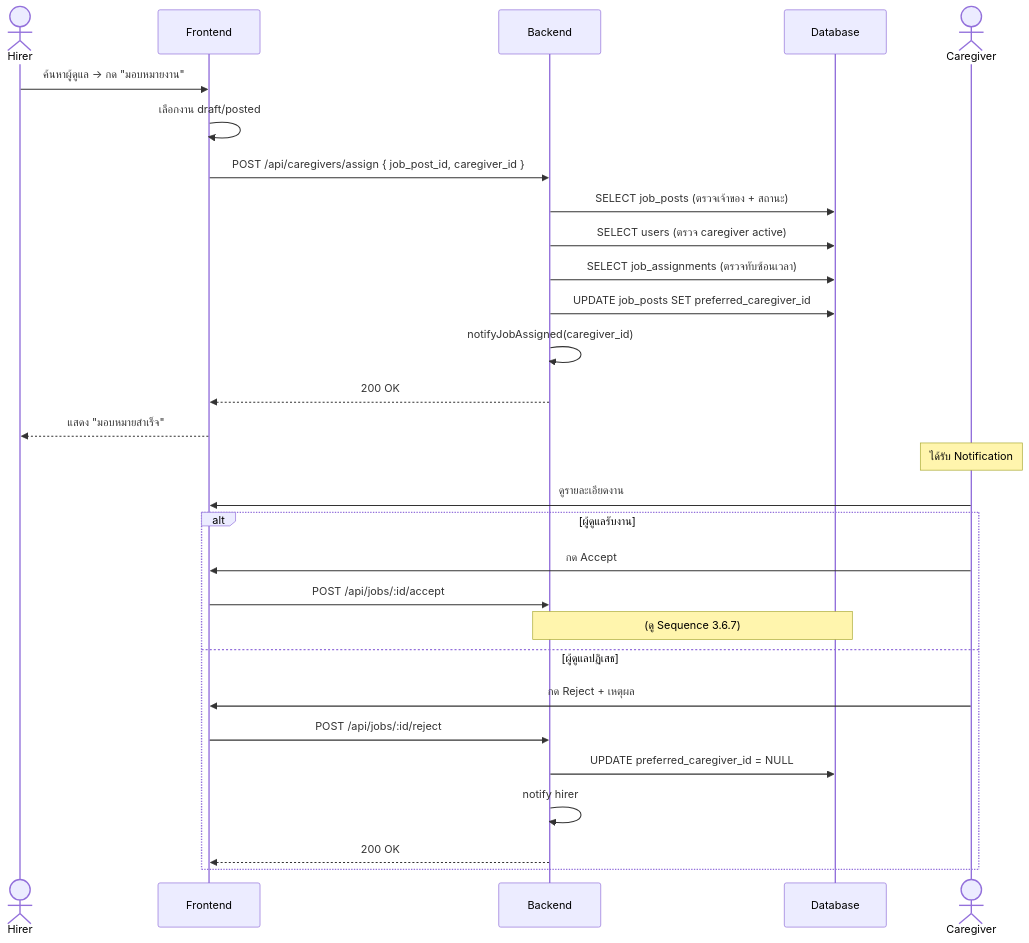
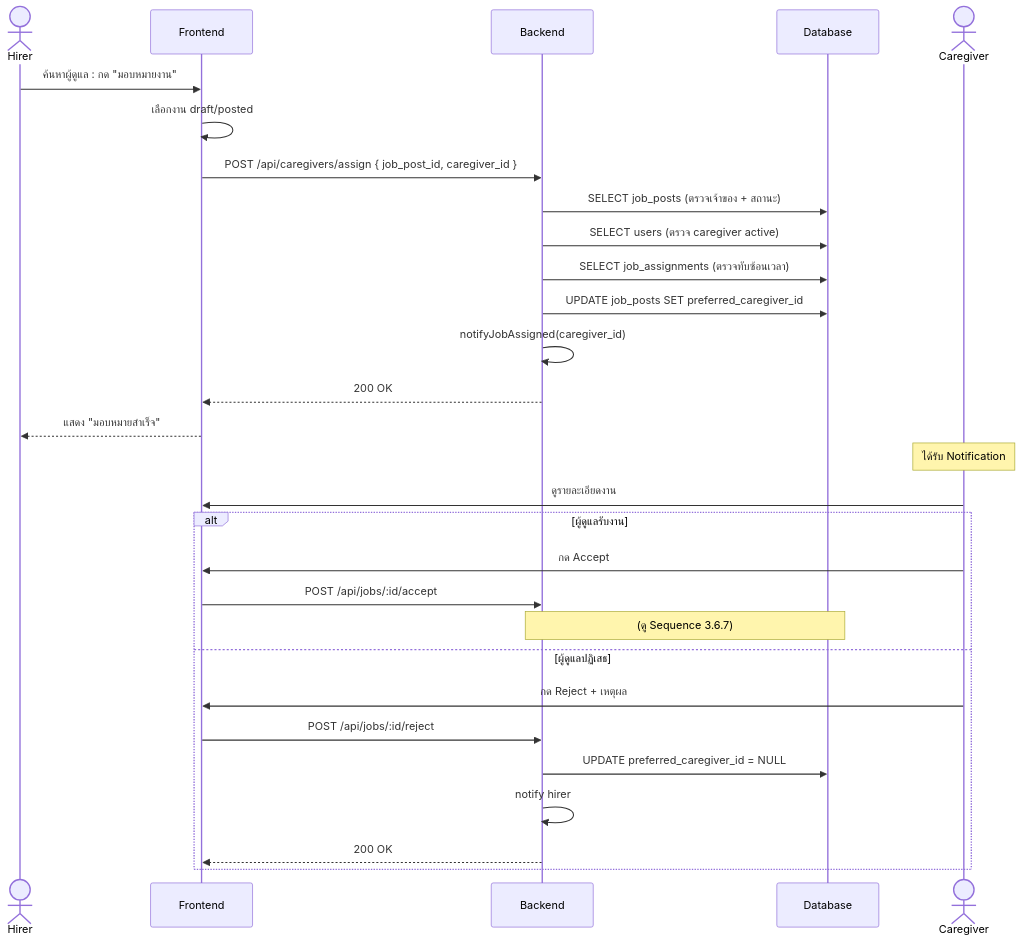
Before and after one commit to SakdaRt/Careconnect: the seventh of 16 diagrams in THESIS_CONTENT_CH3_PART3.md, drawn with Mermaid. The commit also changed other lines of this file and 1 other file, not shown here.

````diff
--- a/THESIS_CONTENT_CH3_PART3.md
+++ b/THESIS_CONTENT_CH3_PART3.md
@@ -824,31 +825,31 @@
 ```mermaid
 sequenceDiagram
     actor Hirer
     participant FE as Frontend
     participant BE as Backend
     participant DB as Database
     actor CG as Caregiver
-    Hirer->>FE: ค้นหาผู้ดูแล → กด "มอบหมายงาน"
+    Hirer->>FE: ค้นหาผู้ดูแล : กด "มอบหมายงาน"
     FE->>FE: เลือกงาน draft/posted
     FE->>BE: POST /api/caregivers/assign { job_post_id, caregiver_id }
     BE->>DB: SELECT job_posts (ตรวจเจ้าของ + สถานะ)
     BE->>DB: SELECT users (ตรวจ caregiver active)
     BE->>DB: SELECT job_assignments (ตรวจทับซ้อนเวลา)
     BE->>DB: UPDATE job_posts SET preferred_caregiver_id
     BE->>BE: notifyJobAssigned(caregiver_id)
     BE-->>FE: 200 OK
     FE-->>Hirer: แสดง "มอบหมายสำเร็จ"
     Note over CG: ได้รับ Notification
     CG->>FE: ดูรายละเอียดงาน
     alt ผู้ดูแลรับงาน
         CG->>FE: กด Accept
         FE->>BE: POST /api/jobs/:id/accept
         Note over BE,DB: (ดู Sequence 3.6.7)
     else ผู้ดูแลปฏิเสธ
         CG->>FE: กด Reject + เหตุผล
         FE->>BE: POST /api/jobs/:id/reject
         BE->>DB: UPDATE preferred_caregiver_id = NULL
         BE->>BE: notify hirer
         BE-->>FE: 200 OK
     end
 ```
````
